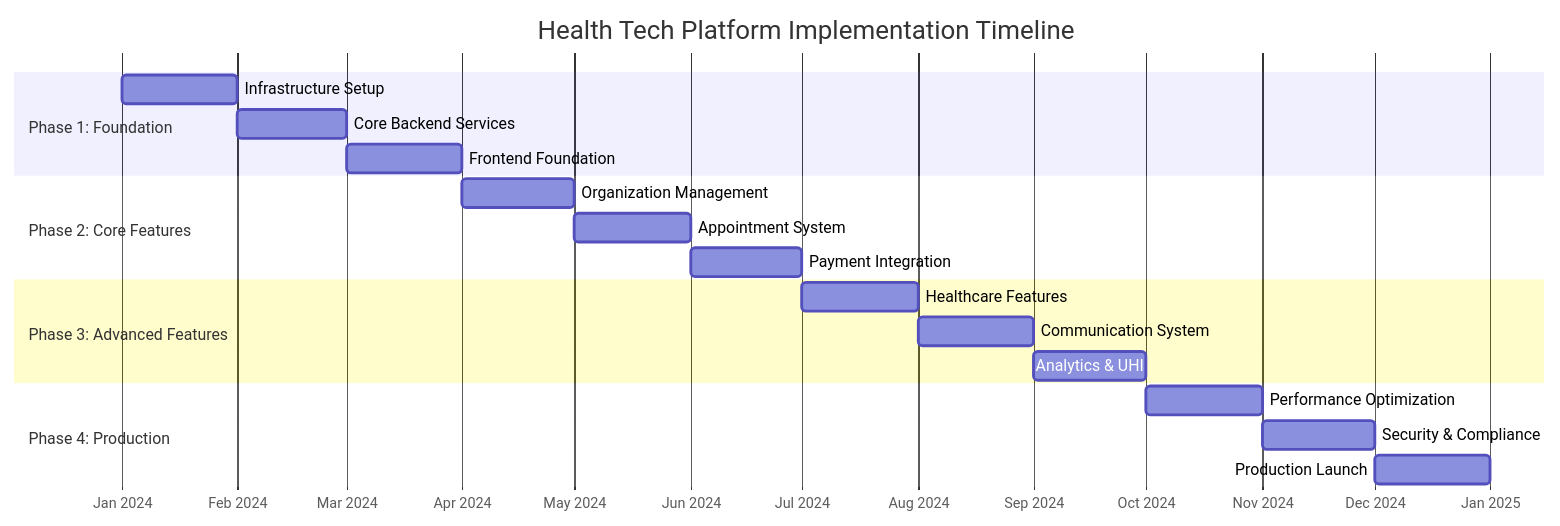
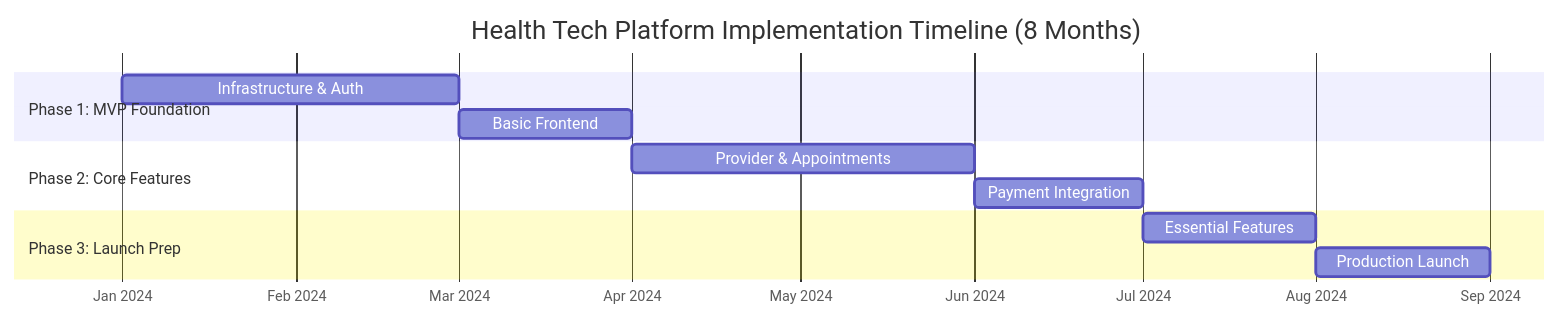
The first of 11 diagrams in 05-implementation-plan.md (health-tech-uhi/blueprint), drawn with Mermaid before and after one commit. The commit also changed other lines of this file and 1 other file, not shown here.

Commit message:
Changes to the implementation plan

````diff
--- a/05-implementation-plan.md
+++ b/05-implementation-plan.md
@@ -9,26 +21,18 @@
 ```mermaid
 gantt
-    title Health Tech Platform Implementation Timeline
+    title Health Tech Platform Implementation Timeline (8 Months)
     dateFormat  YYYY-MM
     axisFormat  %b %Y
     
-    section Phase 1: Foundation
-    Infrastructure Setup        :p1-1, 2024-01, 1M
-    Core Backend Services      :p1-2, after p1-1, 1M
-    Frontend Foundation        :p1-3, after p1-2, 1M
+    section Phase 1: MVP Foundation
+    Infrastructure & Auth       :p1-1, 2024-01, 2M
+    Basic Frontend             :p1-2, after p1-1, 1M
     
     section Phase 2: Core Features
-    Organization Management    :p2-1, after p1-3, 1M
-    Appointment System        :p2-2, after p2-1, 1M
-    Payment Integration       :p2-3, after p2-2, 1M
+    Provider & Appointments    :p2-1, after p1-2, 2M
+    Payment Integration       :p2-2, after p2-1, 1M
     
-    section Phase 3: Advanced Features
-    Healthcare Features       :p3-1, after p2-3, 1M
-    Communication System      :p3-2, after p3-1, 1M
-    Analytics & UHI          :p3-3, after p3-2, 1M
-    
-    section Phase 4: Production
-    Performance Optimization  :p4-1, after p3-3, 1M
-    Security & Compliance    :p4-2, after p4-1, 1M
-    Production Launch        :p4-3, after p4-2, 1M
+    section Phase 3: Launch Prep
+    Essential Features        :p3-1, after p2-2, 1M
+    Production Launch         :p3-2, after p3-1, 1M
 ```
````
